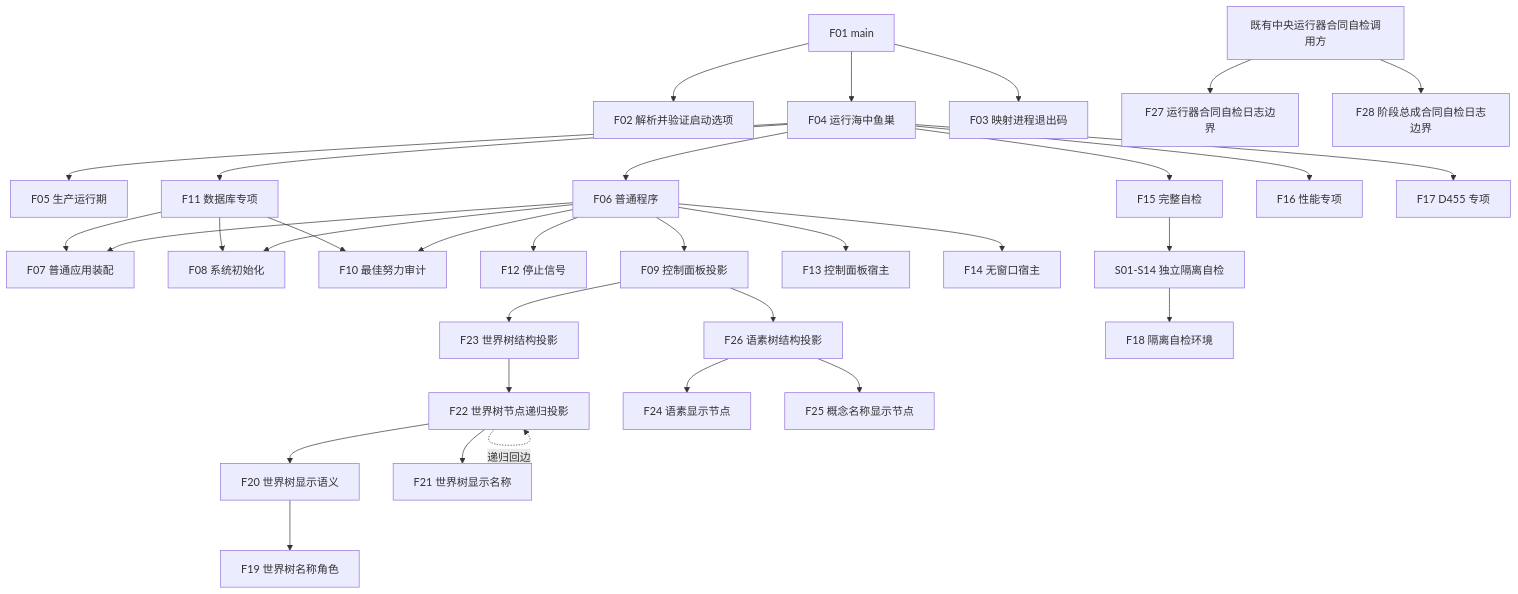
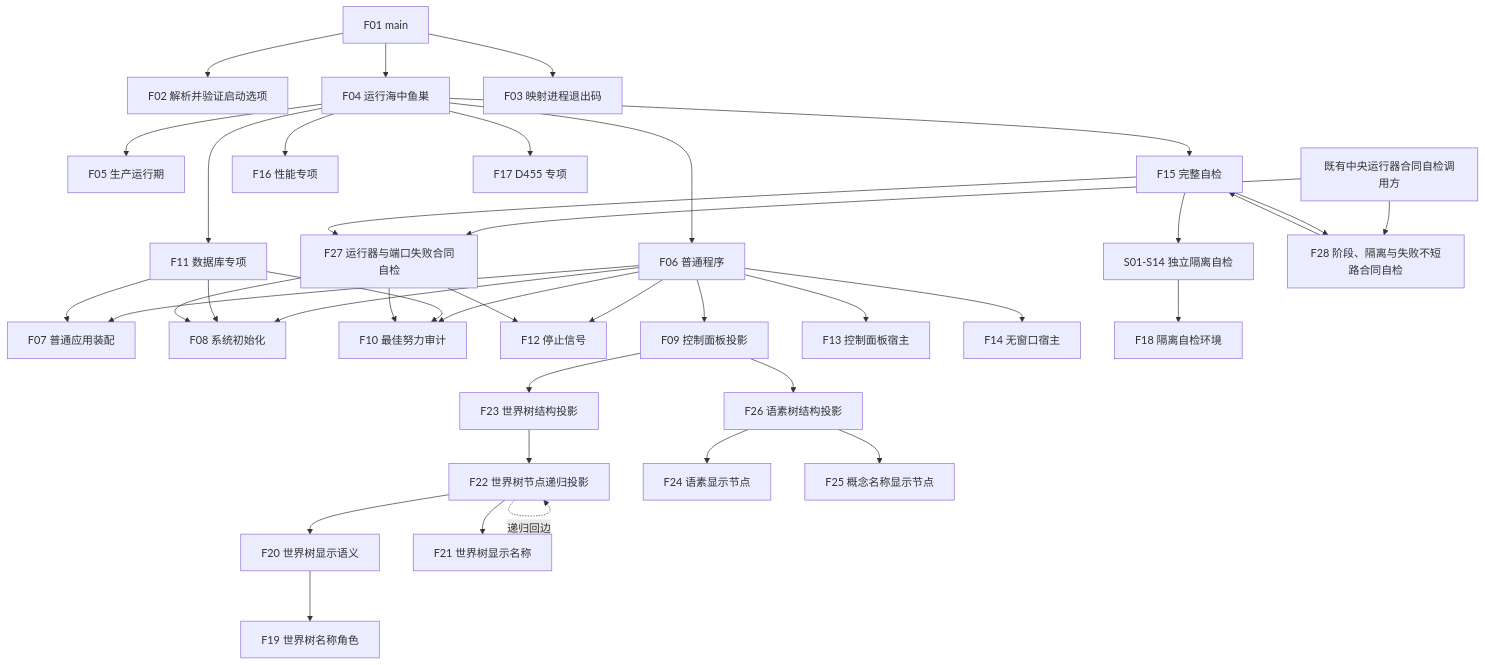
One commit to chunhaizh-cyber/HY-Ego changed the diagram in 规范/详细设计/20260726_ENTRY-ONLY_函数结构知识图谱_v0.1.md. Above: the diagram before and after it, drawn with Mermaid. The commit also changed other lines of this file and 54 other files, not shown here.

````diff
--- a/规范/详细设计/20260726_ENTRY-ONLY_函数结构知识图谱_v0.1.md
+++ b/规范/详细设计/20260726_ENTRY-ONLY_函数结构知识图谱_v0.1.md
@@ -9,35 +9,41 @@
 ```mermaid
 flowchart TD
     F01["F01 main"] --> F02["F02 解析并验证启动选项"]
     F01 --> F04["F04 运行海中鱼巣"]
     F01 --> F03["F03 映射进程退出码"]
     F04 --> F05["F05 生产运行期"]
     F04 --> F06["F06 普通程序"]
     F04 --> F15["F15 完整自检"]
     F04 --> F11["F11 数据库专项"]
     F04 --> F16["F16 性能专项"]
     F04 --> F17["F17 D455 专项"]
     F06 --> F07["F07 普通应用装配"]
     F06 --> F08["F08 系统初始化"]
     F06 --> F10["F10 最佳努力审计"]
     F06 --> F12["F12 停止信号"]
     F06 --> F09["F09 控制面板投影"]
     F09 --> F23["F23 世界树结构投影"]
     F23 --> F22["F22 世界树节点递归投影"]
     F22 --> F20["F20 世界树显示语义"]
     F20 --> F19["F19 世界树名称角色"]
     F22 --> F21["F21 世界树显示名称"]
     F22 -. "递归回边" .-> F22
     F09 --> F26["F26 语素树结构投影"]
     F26 --> F24["F24 语素显示节点"]
     F26 --> F25["F25 概念名称显示节点"]
     F06 --> F13["F13 控制面板宿主"]
     F06 --> F14["F14 无窗口宿主"]
     F11 --> F07
     F11 --> F08
     F11 --> F10
     F15 --> SELF["S01-S14 独立隔离自检"]
     SELF --> F18["F18 隔离自检环境"]
-    RUNNER["既有中央运行器合同自检调用方"] --> F27["F27 运行器合同自检日志边界"]
-    RUNNER --> F28["F28 阶段总成合同自检日志边界"]
+    RUNNER["既有中央运行器合同自检调用方"] --> F27["F27 运行器与端口失败合同自检"]
+    RUNNER --> F28["F28 阶段、隔离与失败不短路合同自检"]
+    F27 --> F08
+    F27 --> F10
+    F27 --> F12
+    F28 --> F15
+    F15 --> F27
+    F15 --> F28
 ```
````
